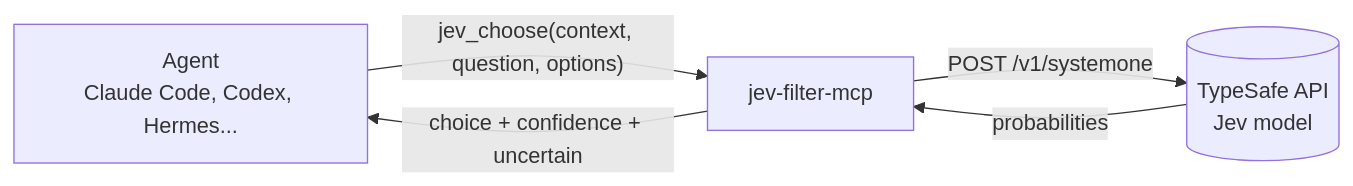
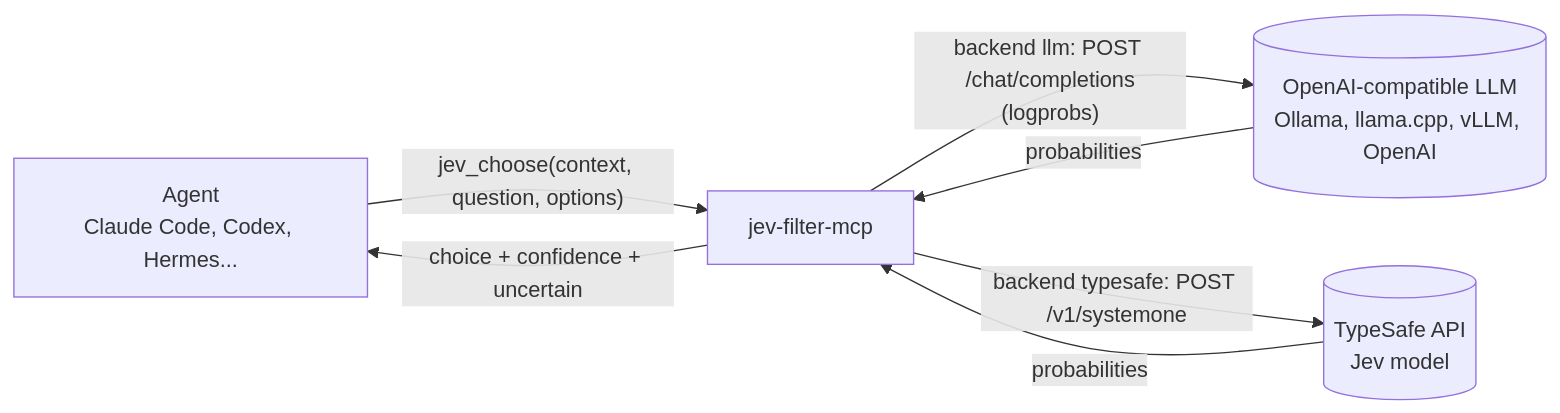
One commit to PedroRamosPereira/choose-mcp changed the diagram in README.md. Above: the diagram before and after it, drawn with Mermaid. The commit also changed other lines of this file and 7 other files, not shown here.

First line of the commit message:
Add optional OpenAI-compatible llm backend and calibration script

````diff
--- a/README.md
+++ b/README.md
@@ -59,7 +75,9 @@
 ```mermaid
 flowchart LR
     A[Agent<br/>Claude Code, Codex, Hermes...] -- "jev_choose(context, question, options)" --> S[jev-filter-mcp]
-    S -- "POST /v1/systemone" --> J[(TypeSafe API<br/>Jev model)]
+    S -- "backend llm: POST /chat/completions<br/>(logprobs)" --> L[(OpenAI-compatible LLM<br/>Ollama, llama.cpp, vLLM, OpenAI)]
+    S -- "backend typesafe: POST /v1/systemone" --> J[(TypeSafe API<br/>Jev model)]
+    L -- probabilities --> S
     J -- probabilities --> S
     S -- "choice + confidence + uncertain" --> A
 ```
````
